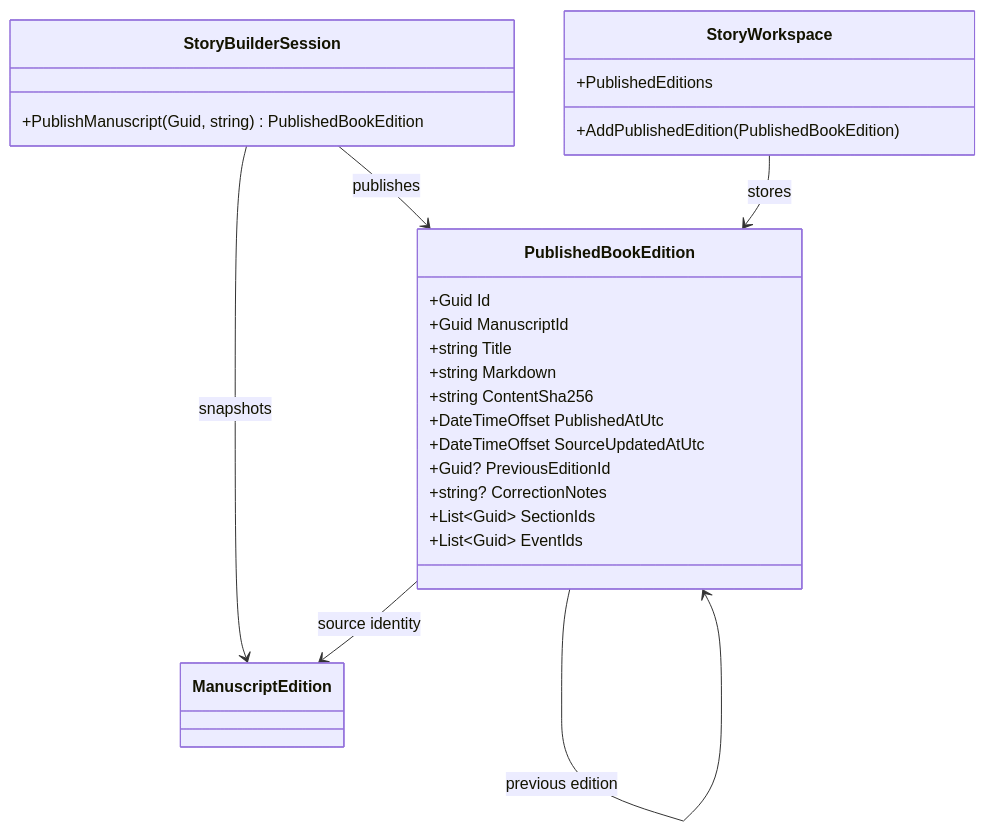
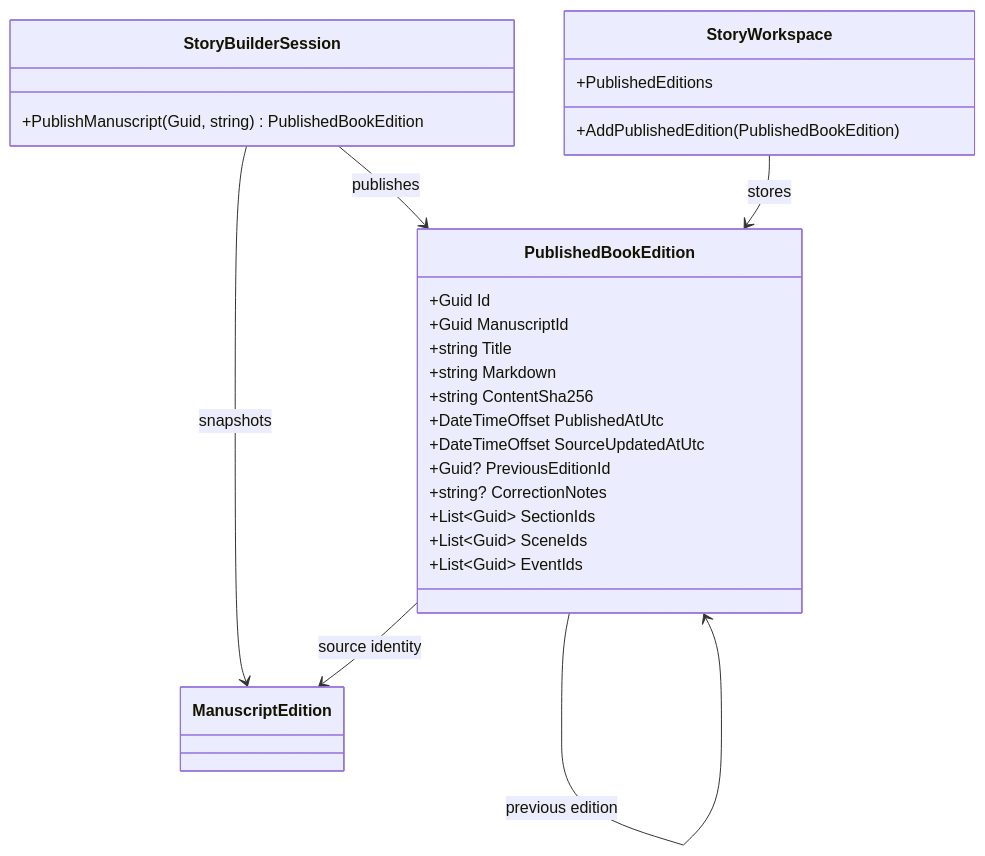
One commit to TrentBest/StoryBuilder changed the diagram in docs/UML/PublishedBookEditionUML.md. Above: the diagram before and after it, drawn with Mermaid.

Commit message:
Show scene provenance in publication UML

````diff
--- a/docs/UML/PublishedBookEditionUML.md
+++ b/docs/UML/PublishedBookEditionUML.md
@@ -3,29 +3,30 @@
 ```mermaid
 classDiagram
     class StoryBuilderSession {
       +PublishManuscript(Guid, string) PublishedBookEdition
     }
     class PublishedBookEdition {
       +Guid Id
       +Guid ManuscriptId
       +string Title
       +string Markdown
       +string ContentSha256
       +DateTimeOffset PublishedAtUtc
       +DateTimeOffset SourceUpdatedAtUtc
       +Guid? PreviousEditionId
       +string? CorrectionNotes
       +List~Guid~ SectionIds
+      +List~Guid~ SceneIds
       +List~Guid~ EventIds
     }
     class ManuscriptEdition
     class StoryWorkspace {
       +PublishedEditions
       +AddPublishedEdition(PublishedBookEdition)
     }
     StoryBuilderSession --> ManuscriptEdition : snapshots
     StoryBuilderSession --> PublishedBookEdition : publishes
     StoryWorkspace --> PublishedBookEdition : stores
     PublishedBookEdition --> ManuscriptEdition : source identity
     PublishedBookEdition --> PublishedBookEdition : previous edition
 ```
````
